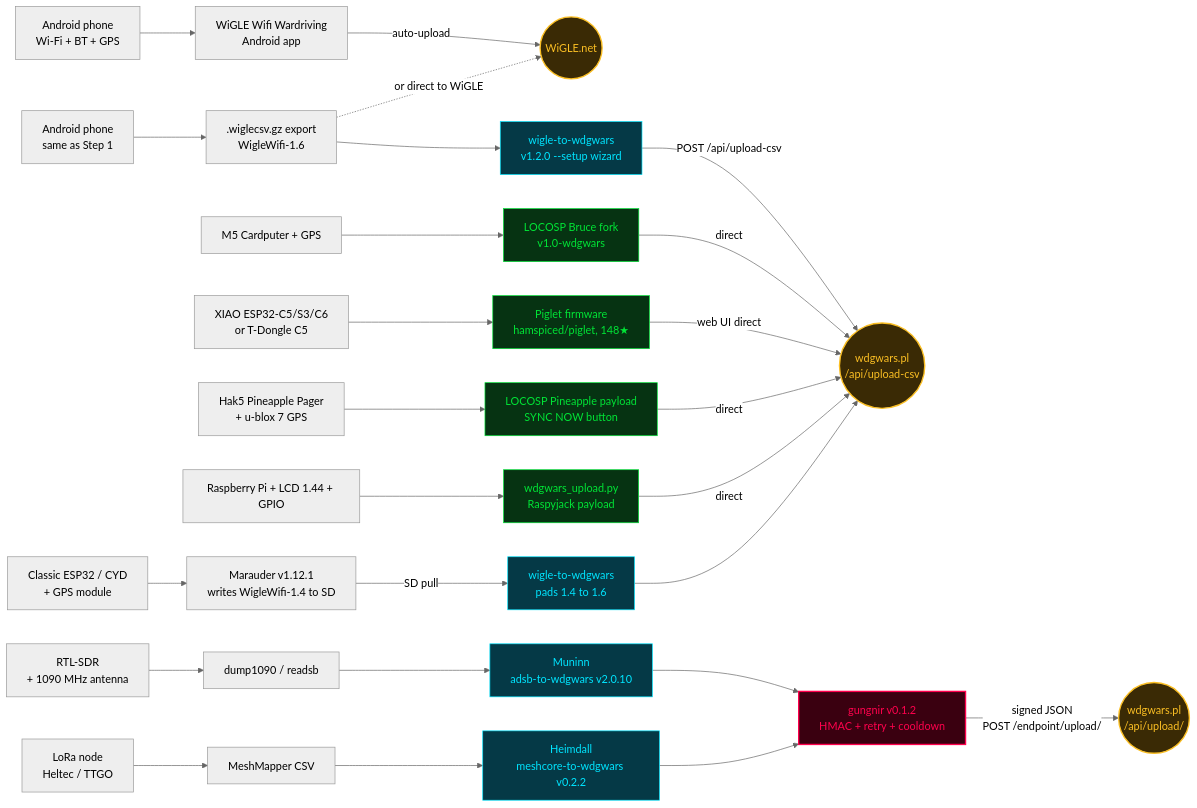
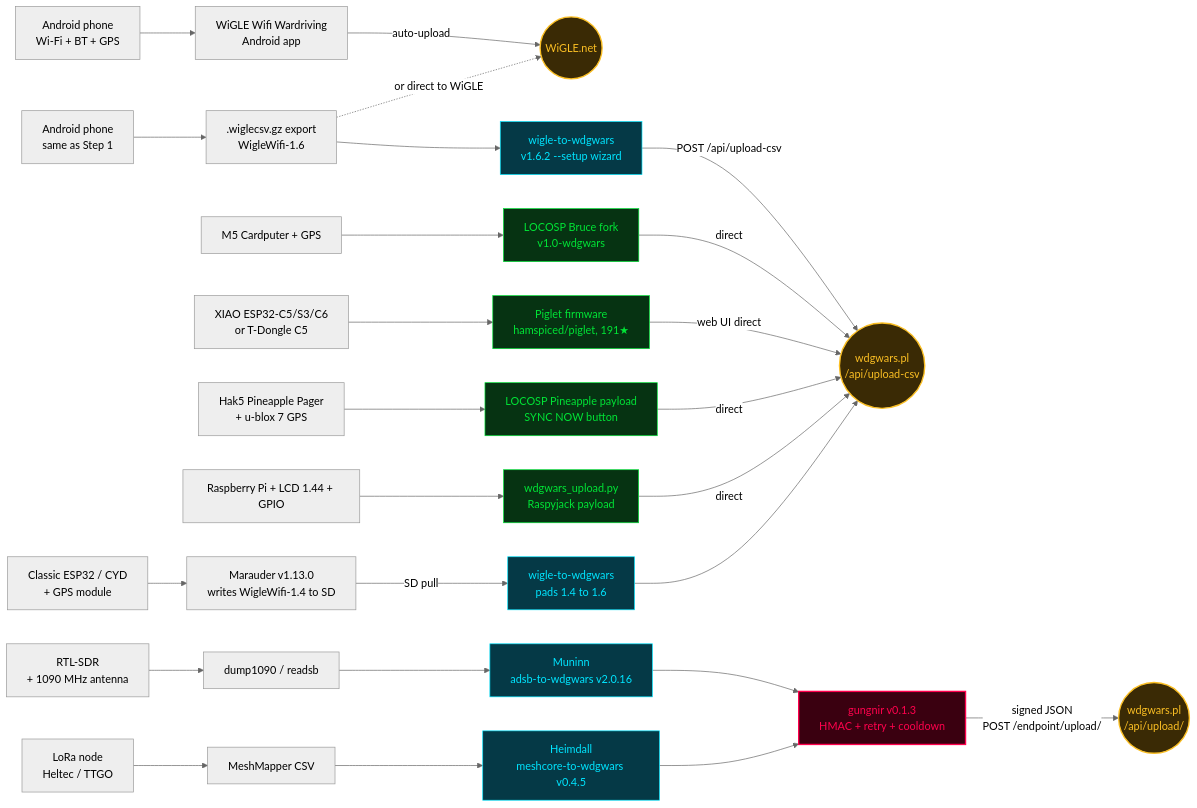
One commit to HiroAlleyCat/wdgo-onramp changed the diagram in docs/flow.md. Above: the diagram before and after it, drawn with Mermaid (neutral theme). The commit also changed 9 other files, not shown here.

````diff
--- a/docs/flow.md
+++ b/docs/flow.md
@@ -12,46 +12,46 @@
 ```mermaid
 flowchart LR
     %% Step 1 — Phone only
     s1_phone[Android phone<br/>Wi-Fi + BT + GPS] --> s1_app[WiGLE Wifi Wardriving<br/>Android app]
     s1_app -->|auto-upload| wigle((WiGLE.net))
 
     %% Step 2 — Cross-post
     s2_phone[Android phone<br/>same as Step 1] --> s2_csv[.wiglecsv.gz export<br/>WigleWifi-1.6]
-    s2_csv --> s2_w2w[wigle-to-wdgwars<br/>v1.2.0 --setup wizard]
+    s2_csv --> s2_w2w[wigle-to-wdgwars<br/>v1.6.2 --setup wizard]
     s2_w2w -->|POST /api/upload-csv| wdgwars_csv((wdgwars.pl<br/>/api/upload-csv))
     s2_csv -.->|or direct to WiGLE| wigle
 
     %% Step 3a — On-device uploaders
     s3a_cardputer[M5 Cardputer + GPS] --> s3a_bruce[LOCOSP Bruce fork<br/>v1.0-wdgwars]
     s3a_bruce -->|direct| wdgwars_csv
-    s3a_xiao[XIAO ESP32-C5/S3/C6<br/>or T-Dongle C5] --> s3a_piglet[Piglet firmware<br/>hamspiced/piglet, 148★]
+    s3a_xiao[XIAO ESP32-C5/S3/C6<br/>or T-Dongle C5] --> s3a_piglet[Piglet firmware<br/>hamspiced/piglet, 191★]
     s3a_piglet -->|web UI direct| wdgwars_csv
     s3a_pager[Hak5 Pineapple Pager<br/>+ u-blox 7 GPS] --> s3a_payload[LOCOSP Pineapple payload<br/>SYNC NOW button]
     s3a_payload -->|direct| wdgwars_csv
     s3a_rj[Raspberry Pi + LCD 1.44 + GPIO] --> s3a_rjpayload[wdgwars_upload.py<br/>Raspyjack payload]
     s3a_rjpayload -->|direct| wdgwars_csv
 
     %% Step 3b — Capture-only, PC feeder
-    s3b_hw[Classic ESP32 / CYD<br/>+ GPS module] --> s3b_marauder[Marauder v1.12.1<br/>writes WigleWifi-1.4 to SD]
+    s3b_hw[Classic ESP32 / CYD<br/>+ GPS module] --> s3b_marauder[Marauder v1.13.0<br/>writes WigleWifi-1.4 to SD]
     s3b_marauder -->|SD pull| s3b_sd[wigle-to-wdgwars<br/>pads 1.4 to 1.6]
     s3b_sd --> wdgwars_csv
 
     %% Step 4 — WDGoWars-only slots
     s4_sdr[RTL-SDR<br/>+ 1090 MHz antenna] --> s4_dump[dump1090 / readsb]
-    s4_dump --> s4_muninn[Muninn<br/>adsb-to-wdgwars v2.0.10]
+    s4_dump --> s4_muninn[Muninn<br/>adsb-to-wdgwars v2.0.16]
     s4_lora[LoRa node<br/>Heltec / TTGO] --> s4_mm[MeshMapper CSV]
-    s4_mm --> s4_heimdall[Heimdall<br/>meshcore-to-wdgwars v0.2.2]
-    s4_muninn --> gungnir[gungnir v0.1.2<br/>HMAC + retry + cooldown]
+    s4_mm --> s4_heimdall[Heimdall<br/>meshcore-to-wdgwars v0.4.5]
+    s4_muninn --> gungnir[gungnir v0.1.3<br/>HMAC + retry + cooldown]
     s4_heimdall --> gungnir
     gungnir -->|signed JSON<br/>POST /endpoint/upload/| wdgwars_json((wdgwars.pl<br/>/api/upload/))
 
     %% Styling — CRT palette matching the on-ramp brand
     classDef destinations fill:#3a2a05,stroke:#fbbf24,stroke-width:2px,color:#fbbf24
     classDef ondevice fill:#063312,stroke:#00e436,color:#00e436
     classDef pcside fill:#053946,stroke:#00e5ff,color:#00e5ff
     classDef transport fill:#3a0010,stroke:#ff004d,stroke-width:2px,color:#ff004d
     class wigle,wdgwars_csv,wdgwars_json destinations
     class s3a_bruce,s3a_piglet,s3a_payload,s3a_rjpayload ondevice
     class s2_w2w,s3b_sd,s4_muninn,s4_heimdall pcside
     class gungnir transport
 ```
````
